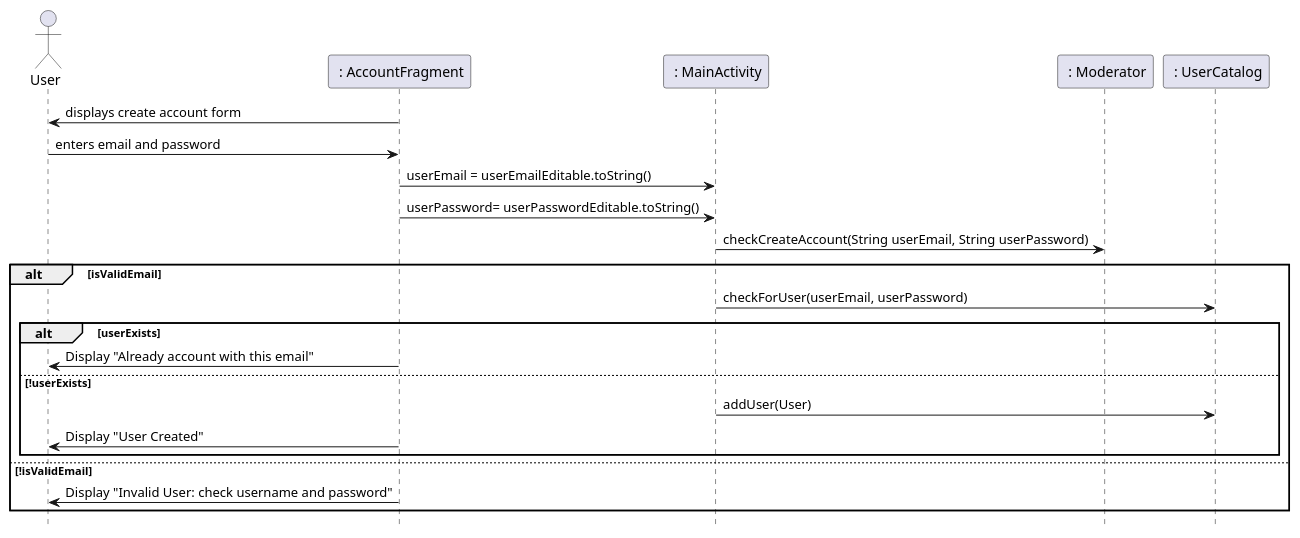
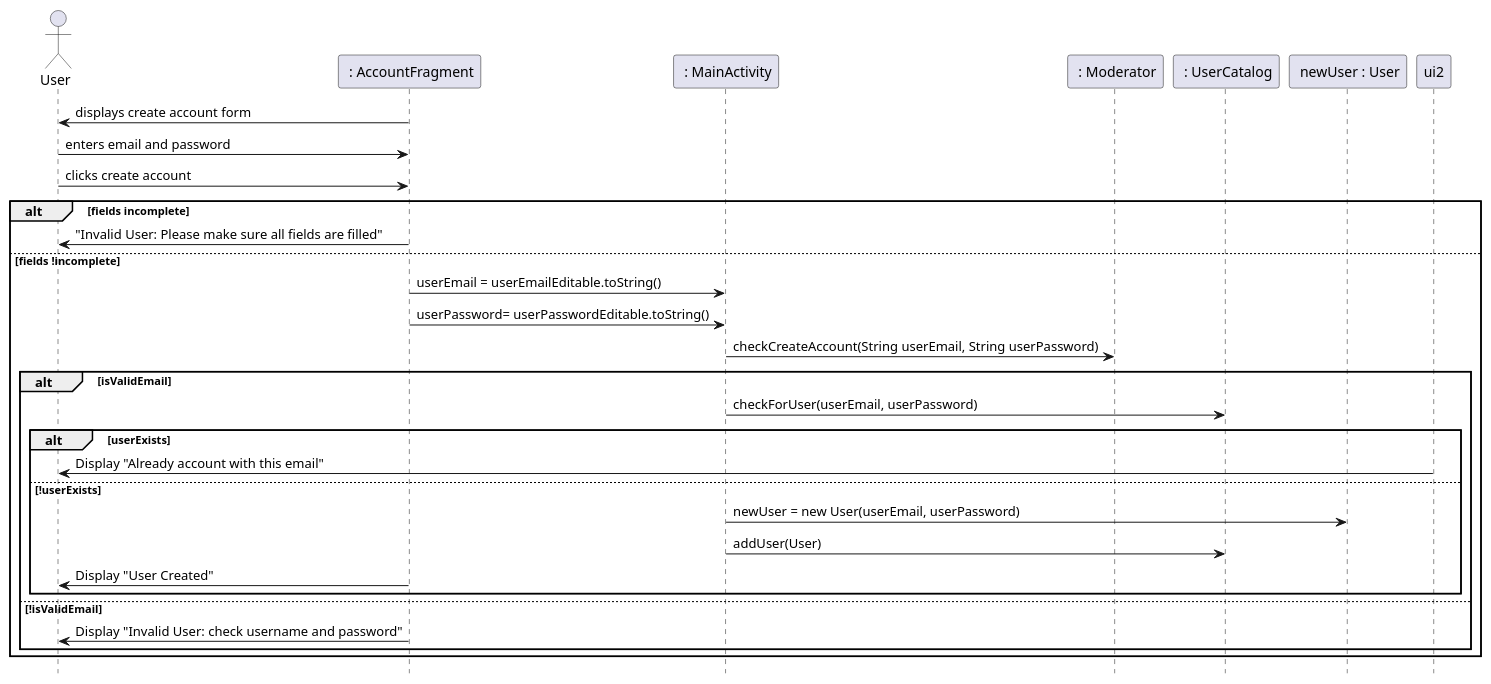
One commit to remyben-creator/Marketplace-Application changed the fourth of 8 diagrams in IntelliJ/Doc/design.md. Above: the diagram before and after it, drawn with PlantUML. The commit also changed other lines of this file and 1 other file, not shown here.

Commit message:
Sequence Diagrams Finalized

````diff
--- a/IntelliJ/Doc/design.md
+++ b/IntelliJ/Doc/design.md
@@ -98,27 +110,34 @@
 ```plantuml
 hide footbox
 actor User as user
 participant " : AccountFragment" as ui
 participant " : MainActivity" as controller
 participant " : Moderator" as moderator
 participant " : UserCatalog" as usercatalog
+participant " newUser : User" as newuser
 
 ui -> user : displays create account form 
 user -> ui : enters email and password
-ui -> controller : userEmail = userEmailEditable.toString()
-ui -> controller : userPassword= userPasswordEditable.toString()
-controller -> moderator : checkCreateAccount(String userEmail, String userPassword)
-alt isValidEmail
- controller -> usercatalog : checkForUser(userEmail, userPassword)
-alt userExists 
- ui -> user : Display "Already account with this email"
-else !userExists
- controller -> usercatalog : addUser(User)
- ui -> user : Display "User Created"
+user -> ui : clicks create account
+alt fields incomplete
+ ui -> user : "Invalid User: Please make sure all fields are filled"
+else fields !incomplete
+ ui -> controller : userEmail = userEmailEditable.toString()
+ ui -> controller : userPassword= userPasswordEditable.toString()
+ controller -> moderator : checkCreateAccount(String userEmail, String userPassword)
+ alt isValidEmail
+  controller -> usercatalog : checkForUser(userEmail, userPassword)
+  alt userExists 
+   ui2 -> user : Display "Already account with this email"
+  else !userExists
+   controller -> newuser : newUser = new User(userEmail, userPassword)
+   controller -> usercatalog : addUser(User)
+   ui -> user : Display "User Created"
+   end
+ else !isValidEmail
+ ui -> user : Display "Invalid User: check username and password"
 end
-else !isValidEmail
- ui -> user : Display "Invalid User: check username and password"
 end
 
 
 ```
````
